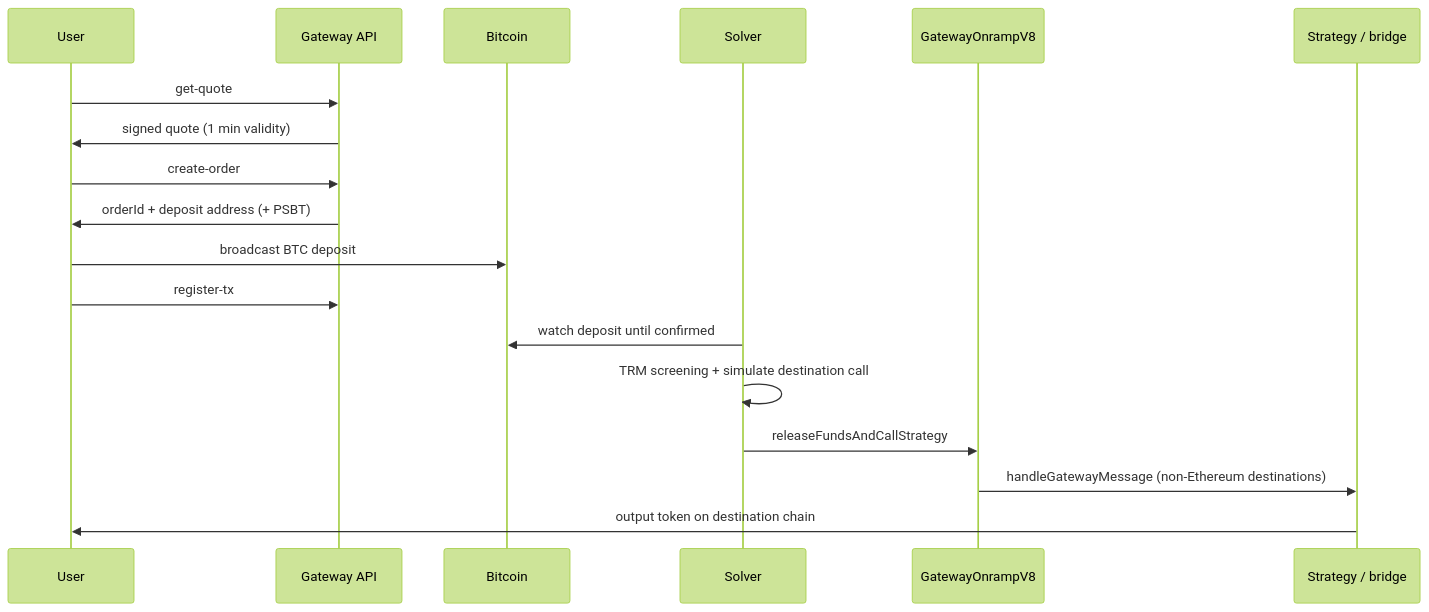
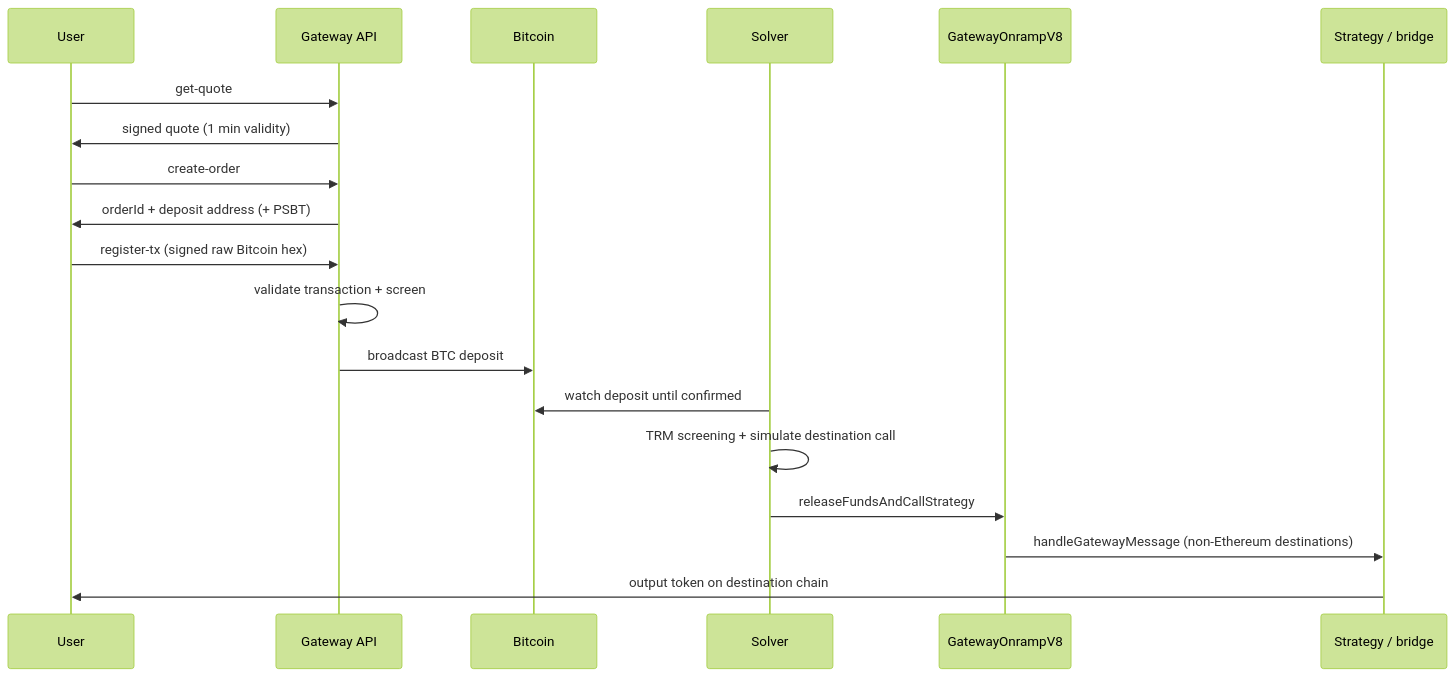
The first of 2 diagrams in gateway-docs/content/docs/gateway/technical.mdx (bob-collective/bob), drawn with Mermaid (forest theme) before and after one commit. The commit also changed other lines of this file and 124 other files, not shown here.

````diff
--- a/gateway-docs/content/docs/gateway/technical.mdx
+++ b/gateway-docs/content/docs/gateway/technical.mdx
@@ -83,21 +83,22 @@
 ```mermaid
 sequenceDiagram
     participant User
     participant API as Gateway API
     participant Bitcoin
     participant Solver
     participant Onramp as GatewayOnrampV8
     participant Strategy as Strategy / bridge
 
     User->>API: get-quote
     API->>User: signed quote (1 min validity)
     User->>API: create-order
     API->>User: orderId + deposit address (+ PSBT)
-    User->>Bitcoin: broadcast BTC deposit
-    User->>API: register-tx
+    User->>API: register-tx (signed raw Bitcoin hex)
+    API->>API: validate transaction + screen
+    API->>Bitcoin: broadcast BTC deposit
     Solver->>Bitcoin: watch deposit until confirmed
     Solver->>Solver: TRM screening + simulate destination call
     Solver->>Onramp: releaseFundsAndCallStrategy
     Onramp->>Strategy: handleGatewayMessage (non-Ethereum destinations)
     Strategy->>User: output token on destination chain
 ```
````
